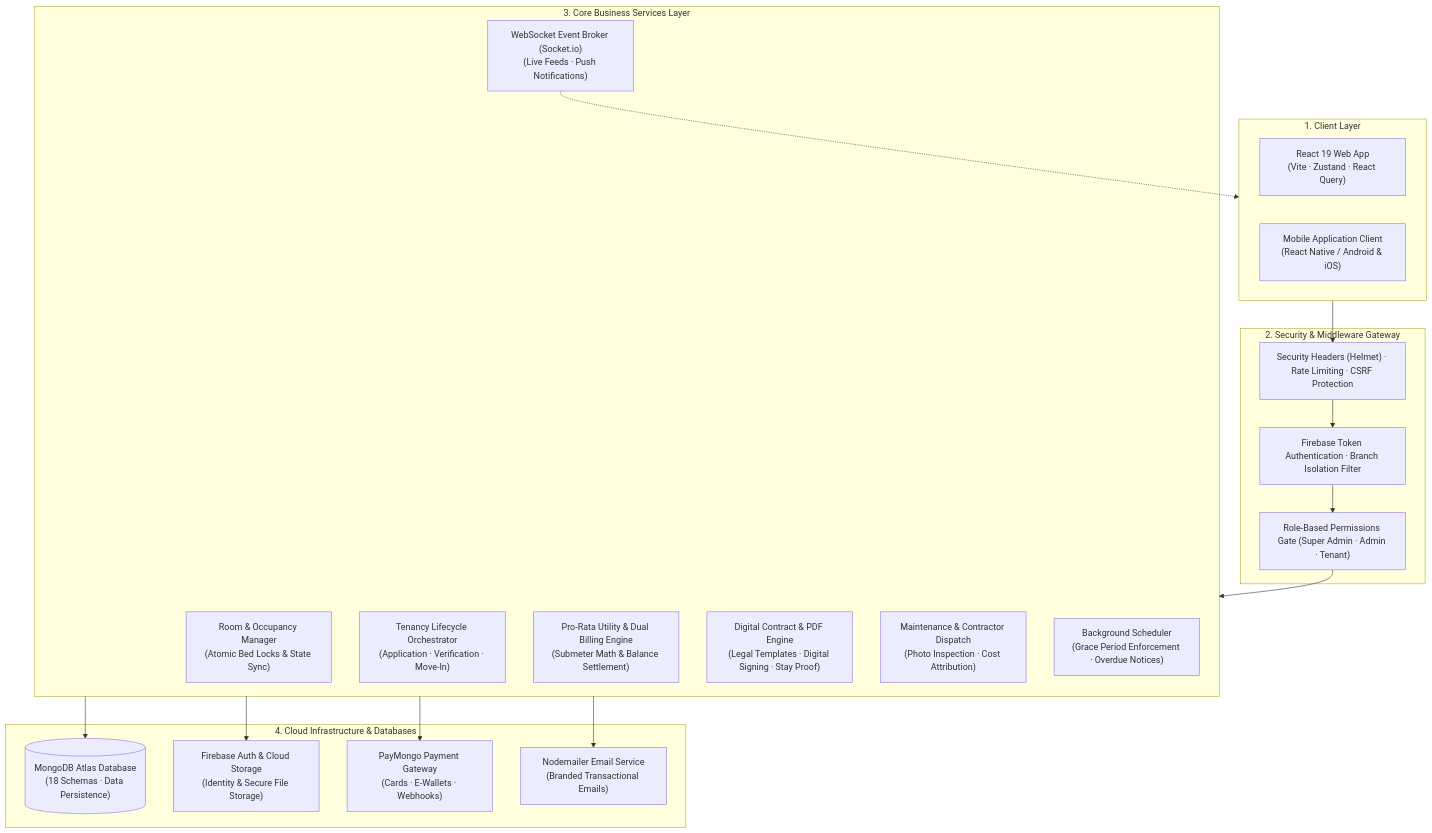
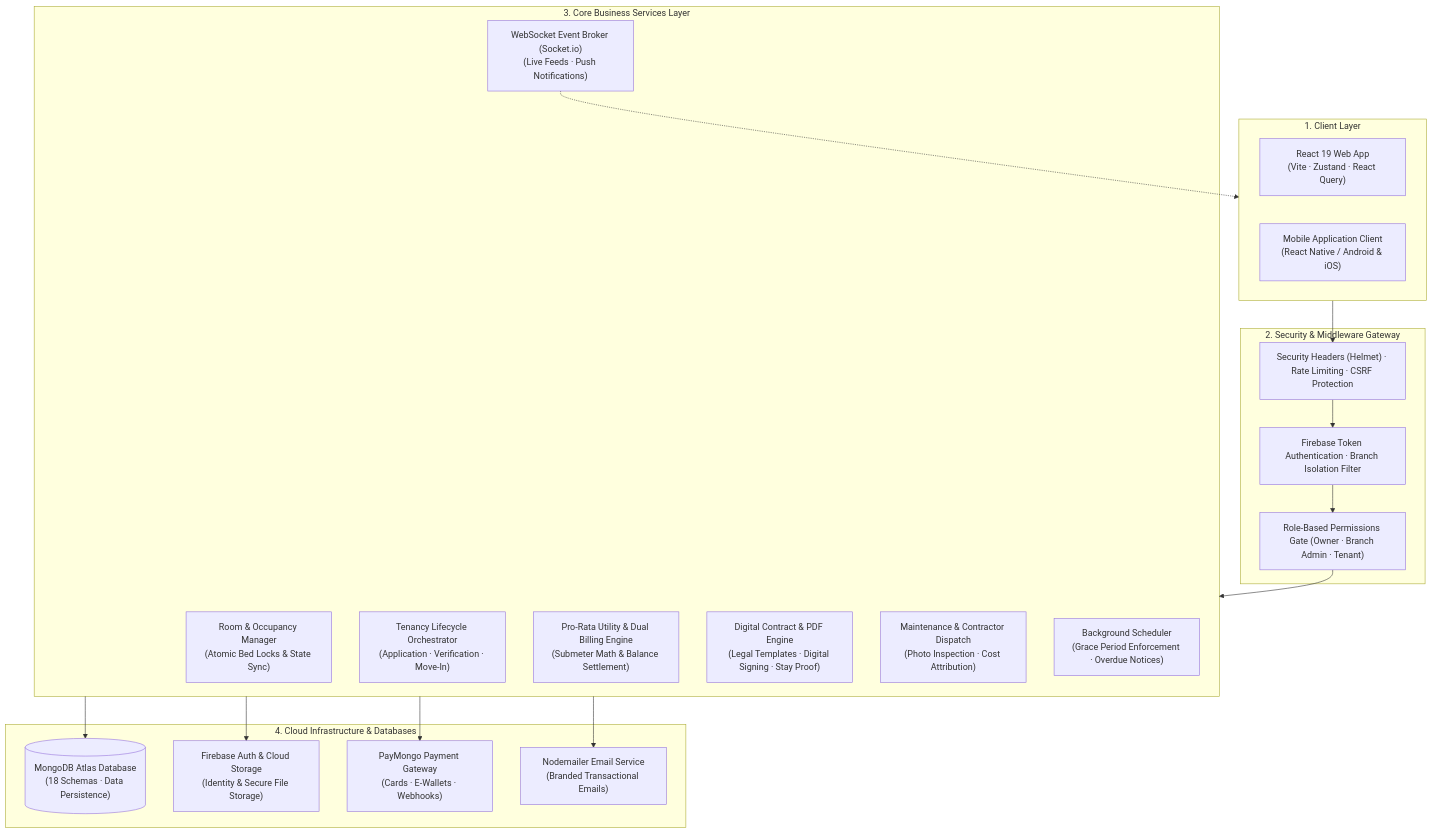
Before and after one commit to PlaytsDEV/Capstone-Website: the first of 3 diagrams in README.md, drawn with Mermaid. The commit also changed other lines of this file, not shown here.

Commit message:
docs(roles): update role terminology from Super Admin to Owner

````diff
--- a/README.md
+++ b/README.md
@@ -68,39 +68,39 @@
 ```mermaid
 flowchart TB
     subgraph Clients["1. Client Layer"]
         WEB["React 19 Web App\n(Vite · Zustand · React Query)"]
         MOB["Mobile Application Client\n(React Native / Android & iOS)"]
     end
 
     subgraph Security["2. Security & Middleware Gateway"]
         SEC_GUARD["Security Headers (Helmet) · Rate Limiting · CSRF Protection"]
         AUTH_GUARD["Firebase Token Authentication · Branch Isolation Filter"]
-        RBAC_GUARD["Role-Based Permissions Gate (Super Admin · Admin · Tenant)"]
+        RBAC_GUARD["Role-Based Permissions Gate (Owner · Branch Admin · Tenant)"]
     end
 
     subgraph DomainServices["3. Core Business Services Layer"]
         OCC_SVC["Room & Occupancy Manager\n(Atomic Bed Locks & State Sync)"]
         RES_SVC["Tenancy Lifecycle Orchestrator\n(Application · Verification · Move-In)"]
         BILL_SVC["Pro-Rata Utility & Dual Billing Engine\n(Submeter Math & Balance Settlement)"]
         CONT_SVC["Digital Contract & PDF Engine\n(Legal Templates · Digital Signing · Stay Proof)"]
         MAINT_SVC["Maintenance & Contractor Dispatch\n(Photo Inspection · Cost Attribution)"]
         CRON_SVC["Background Scheduler\n(Grace Period Enforcement · Overdue Notices)"]
         SOCK_SVC["WebSocket Event Broker (Socket.io)\n(Live Feeds · Push Notifications)"]
     end
 
     subgraph Infrastructure["4. Cloud Infrastructure & Databases"]
         MDB[("MongoDB Atlas Database\n(18 Schemas · Data Persistence)")]
         FB_AUTH["Firebase Auth & Cloud Storage\n(Identity & Secure File Storage)"]
         PAYMONGO["PayMongo Payment Gateway\n(Cards · E-Wallets · Webhooks)"]
         SMTP["Nodemailer Email Service\n(Branded Transactional Emails)"]
     end
 
     Clients --> SEC_GUARD
     SEC_GUARD --> AUTH_GUARD --> RBAC_GUARD
     RBAC_GUARD --> DomainServices
     DomainServices --> MDB
     DomainServices --> FB_AUTH
     DomainServices --> PAYMONGO
     DomainServices --> SMTP
     SOCK_SVC -.-> Clients
 ```
````
